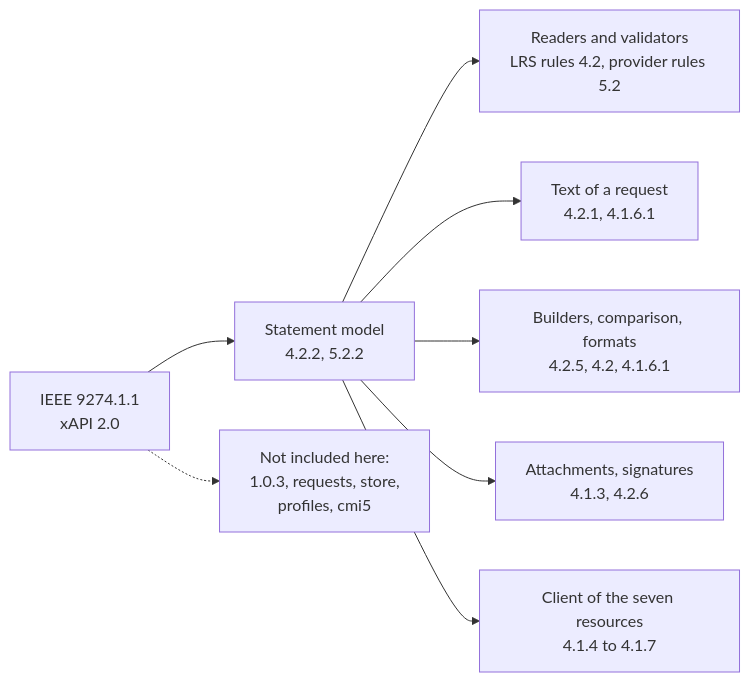
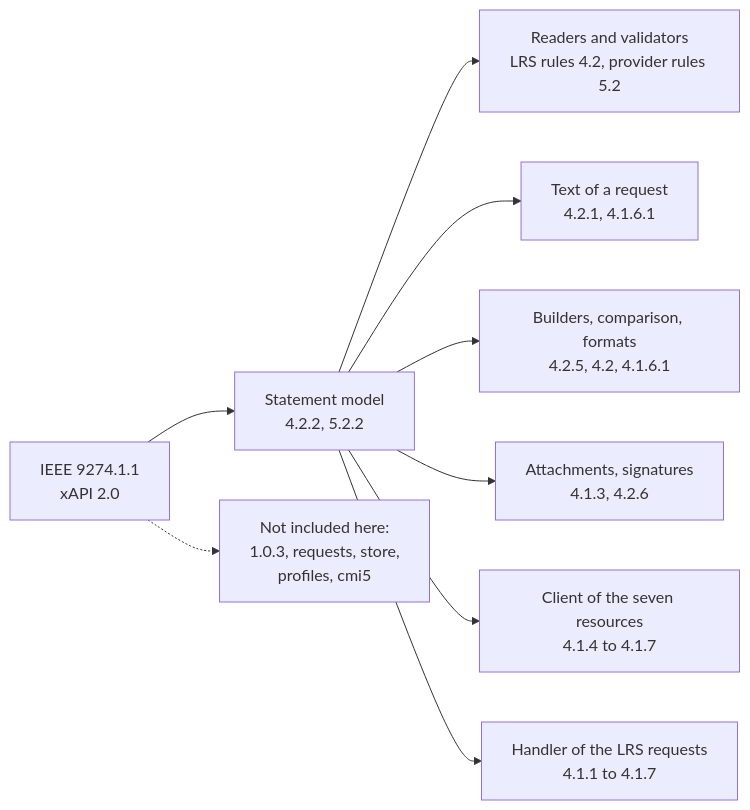
One commit to interopkit/interopkit changed the diagram in docs/learning-records/supported.md. Above: the diagram before and after it, drawn with Mermaid. The commit also changed other lines of this file and 56 other files, not shown here.

First line of the commit message:
Add the LRS handler for the Statements resource

````diff
--- a/docs/learning-records/supported.md
+++ b/docs/learning-records/supported.md
@@ -6,10 +6,11 @@
 ```mermaid
 flowchart LR
   spec["IEEE 9274.1.1<br/>xAPI 2.0"] --> model["Statement model<br/>4.2.2, 5.2.2"]
   model --> read["Readers and validators<br/>LRS rules 4.2, provider rules 5.2"]
   model --> text["Text of a request<br/>4.2.1, 4.1.6.1"]
   model --> build["Builders, comparison, formats<br/>4.2.5, 4.2, 4.1.6.1"]
   model --> attach["Attachments, signatures<br/>4.1.3, 4.2.6"]
   model --> client["Client of the seven resources<br/>4.1.4 to 4.1.7"]
+  model --> store["Handler of the LRS requests<br/>4.1.1 to 4.1.7"]
   spec -.-> outside["Not included here:<br/>1.0.3, requests, store,<br/>profiles, cmi5"]
 ```
````
